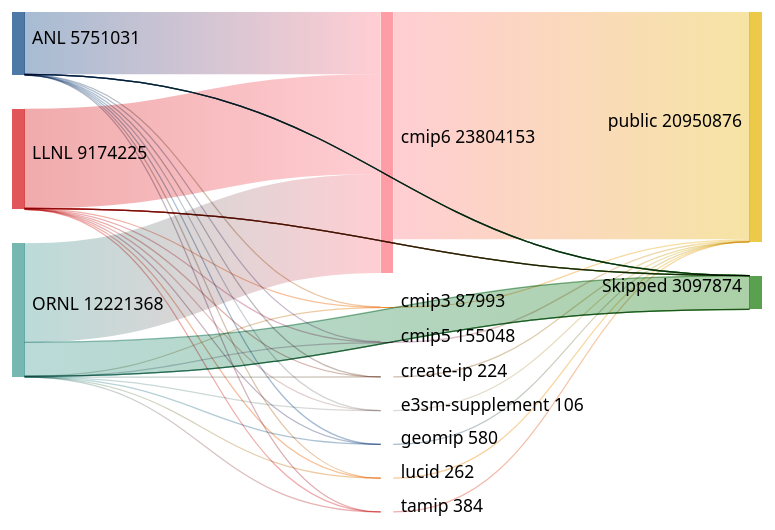
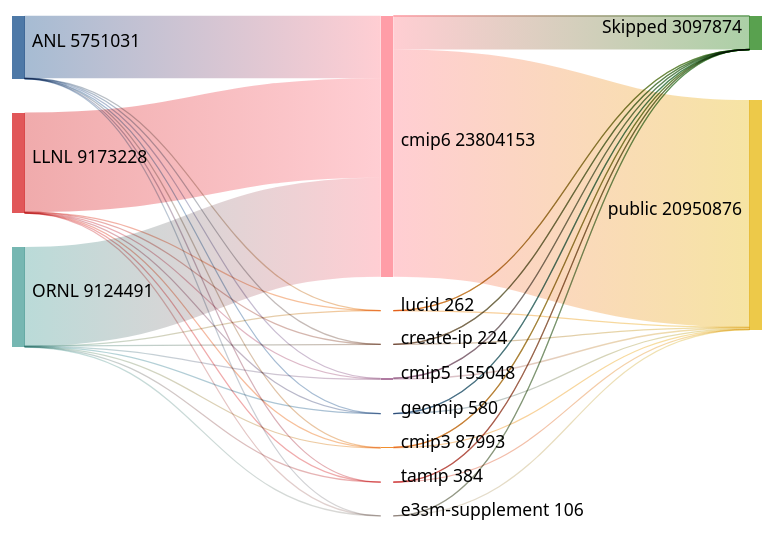
Before and after one commit to minxu74/metadata_docs: the diagram in docs/Migration/jsons/sankey_project_datasets.md, drawn with Mermaid (forest theme). The commit also changed 7 other files, not shown here.

```diff
--- a/docs/Migration/jsons/sankey_project_datasets.md
+++ b/docs/Migration/jsons/sankey_project_datasets.md
@@ -5,9 +5,9 @@
 LLNL,cmip3,29331
 ORNL,cmip3,29331
 
-ANL, Skipped,0
-LLNL,Skipped,0
-ORNL,Skipped,0
+cmip3,Skipped,0
+cmip3,Skipped,0
+cmip3,Skipped,0
 
 cmip3,public,87993
 
@@ -15,9 +15,9 @@
 LLNL,cmip5,62791
 ORNL,cmip5,57109
 
-ANL, Skipped,0
-LLNL,Skipped,0
-ORNL,Skipped,21960
+cmip5,Skipped,0
+cmip5,Skipped,0
+cmip5,Skipped,21960
 
 cmip5,public,133088
 
@@ -25,9 +25,9 @@
 LLNL,cmip6,9080328
 ORNL,cmip6,9037273
 
-ANL, Skipped,0
-LLNL,Skipped,997
-ORNL,Skipped,3074192
+cmip6,Skipped,0
+cmip6,Skipped,997
+cmip6,Skipped,3074192
 
 cmip6,public,20728964
 
@@ -35,9 +35,9 @@
 LLNL,create-ip,112
 ORNL,create-ip,112
 
-ANL, Skipped,0
-LLNL,Skipped,0
-ORNL,Skipped,112
+create-ip,Skipped,0
+create-ip,Skipped,0
+create-ip,Skipped,112
 
 create-ip,public,112
 
@@ -45,9 +45,9 @@
 LLNL,e3sm-supplement,53
 ORNL,e3sm-supplement,53
 
-ANL, Skipped,0
-LLNL,Skipped,0
-ORNL,Skipped,0
+e3sm-supplement,Skipped,0
+e3sm-supplement,Skipped,0
+e3sm-supplement,Skipped,0
 
 e3sm-supplement,public,106
 
@@ -55,9 +55,9 @@
 LLNL,geomip,290
 ORNL,geomip,290
 
-ANL, Skipped,0
-LLNL,Skipped,0
-ORNL,Skipped,290
+geomip,Skipped,0
+geomip,Skipped,0
+geomip,Skipped,290
 
 geomip,public,290
 
@@ -65,9 +65,9 @@
 LLNL,lucid,131
 ORNL,lucid,131
 
-ANL, Skipped,0
-LLNL,Skipped,0
-ORNL,Skipped,131
+lucid,Skipped,0
+lucid,Skipped,0
+lucid,Skipped,131
 
 lucid,public,131
 
@@ -75,9 +75,9 @@
 LLNL,tamip,192
 ORNL,tamip,192
 
-ANL, Skipped,0
-LLNL,Skipped,0
-ORNL,Skipped,192
+tamip,Skipped,0
+tamip,Skipped,0
+tamip,Skipped,192
 
 tamip,public,192
 
```
